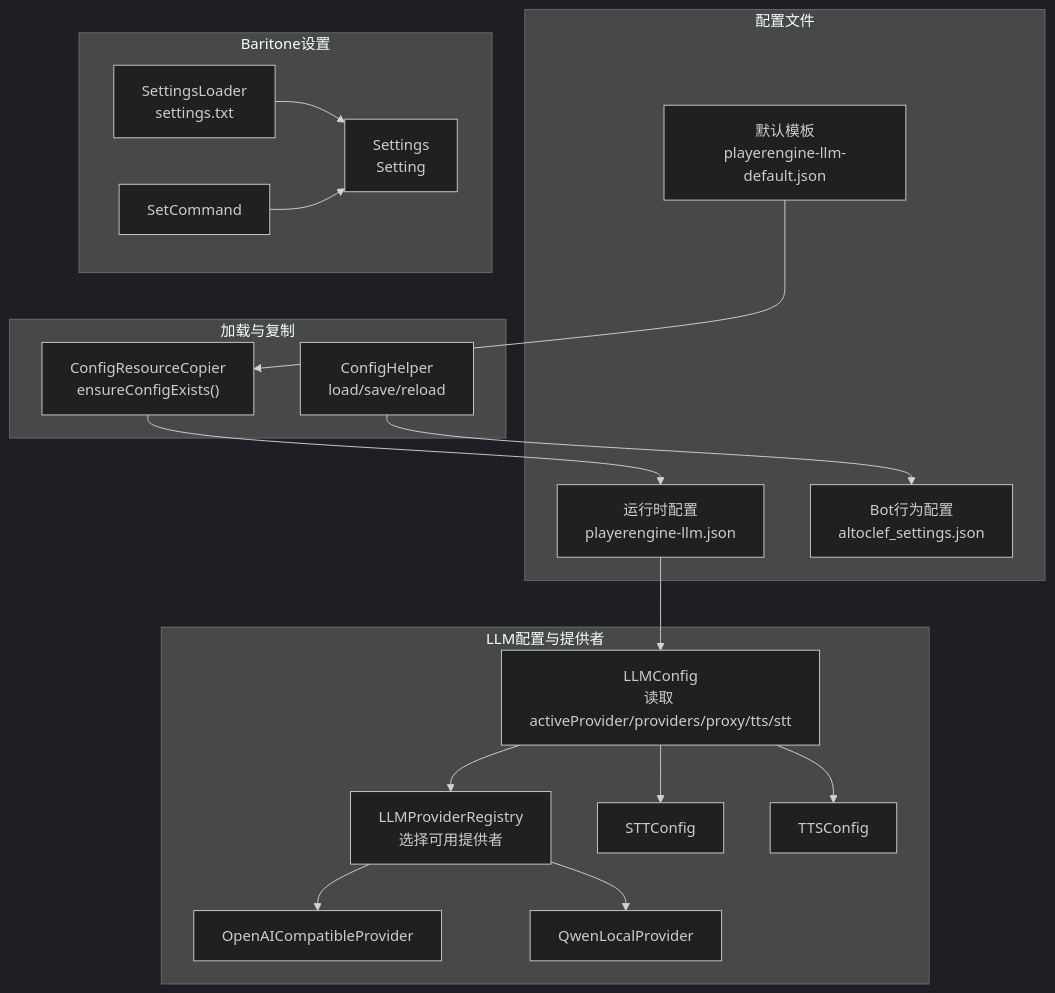
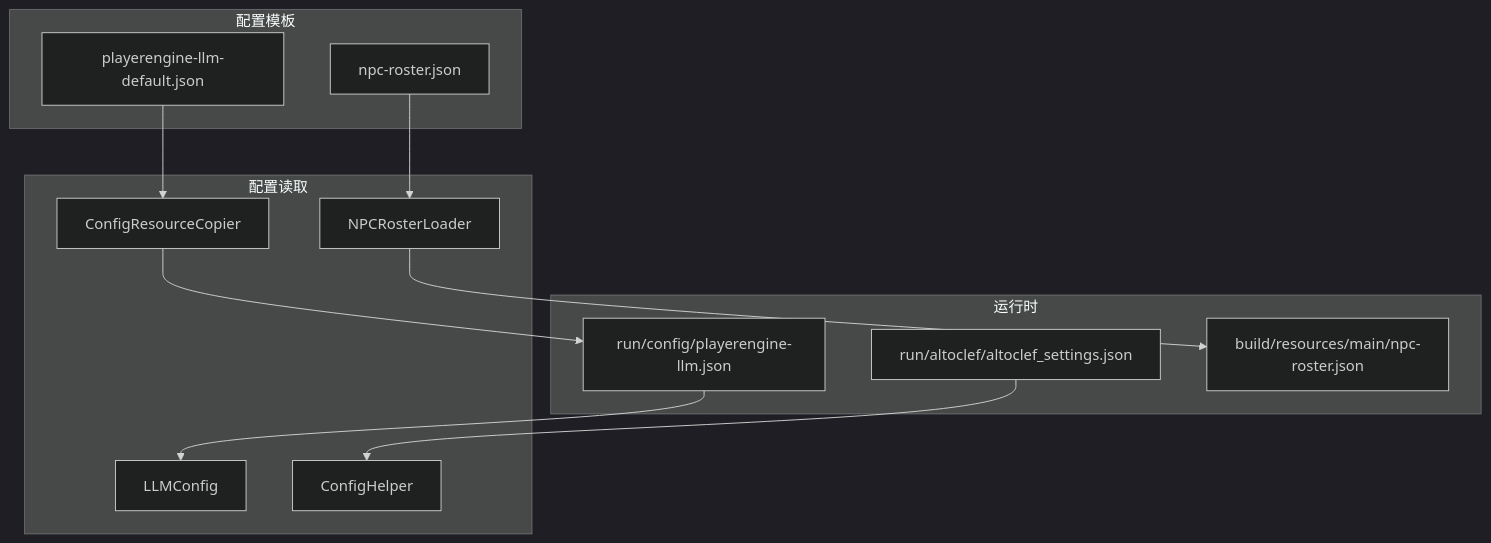
The second of 4 diagrams in .qoder/repowiki/zh/content/配置管理/配置管理.md (wjartpix/minecraft_ai_play2npc), drawn with Mermaid (dark theme) before and after one commit. The commit also changed other lines of this file and 188 other files, not shown here.

````diff
--- a/.qoder/repowiki/zh/content/配置管理/配置管理.md
+++ b/.qoder/repowiki/zh/content/配置管理/配置管理.md
@@ -55,35 +89,22 @@
 ```mermaid
 graph TB
-subgraph "配置文件"
-D["默认模板<br/>playerengine-llm-default.json"]
-R["运行时配置<br/>playerengine-llm.json"]
-B["Bot行为配置<br/>altoclef_settings.json"]
+subgraph "配置模板"
+T1["playerengine-llm-default.json"]
+T2["npc-roster.json"]
 end
-subgraph "加载与复制"
-CRC["ConfigResourceCopier<br/>ensureConfigExists()"]
-CH["ConfigHelper<br/>load/save/reload"]
+subgraph "运行时"
+R1["run/config/playerengine-llm.json"]
+R2["run/altoclef/altoclef_settings.json"]
+R3["build/resources/main/npc-roster.json"]
 end
-subgraph "LLM配置与提供者"
-LCFG["LLMConfig<br/>读取 activeProvider/providers/proxy/tts/stt"]
-REG["LLMProviderRegistry<br/>选择可用提供者"]
-OCP["OpenAICompatibleProvider"]
-QLP["QwenLocalProvider"]
-STTC["STTConfig"]
-TTSC["TTSConfig"]
+subgraph "配置读取"
+C1["ConfigResourceCopier"]
+C2["LLMConfig"]
+C3["NPCRosterLoader"]
+C4["ConfigHelper"]
 end
-subgraph "Baritone设置"
-SL["SettingsLoader<br/>settings.txt"]
-S["Settings<br/>Setting<T>"]
-SC["SetCommand"]
-end
-D --> CRC --> R
-R --> LCFG
-LCFG --> REG
-REG --> OCP
-REG --> QLP
-LCFG --> STTC
-LCFG --> TTSC
-SL --> S
-SC --> S
-CH --> B
+T1 --> C1 --> R1
+T2 --> C3 --> R3
+R1 --> C2
+R2 --> C4
 ```
````
